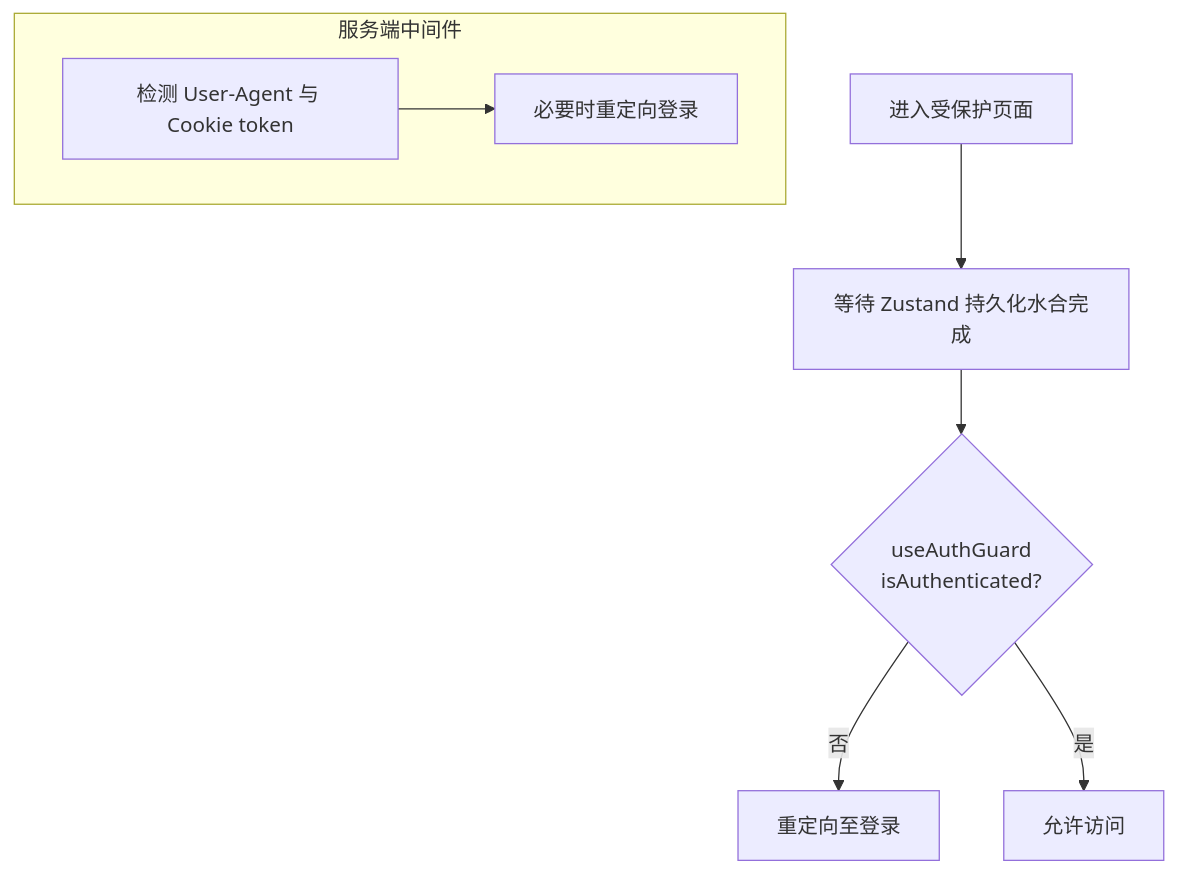
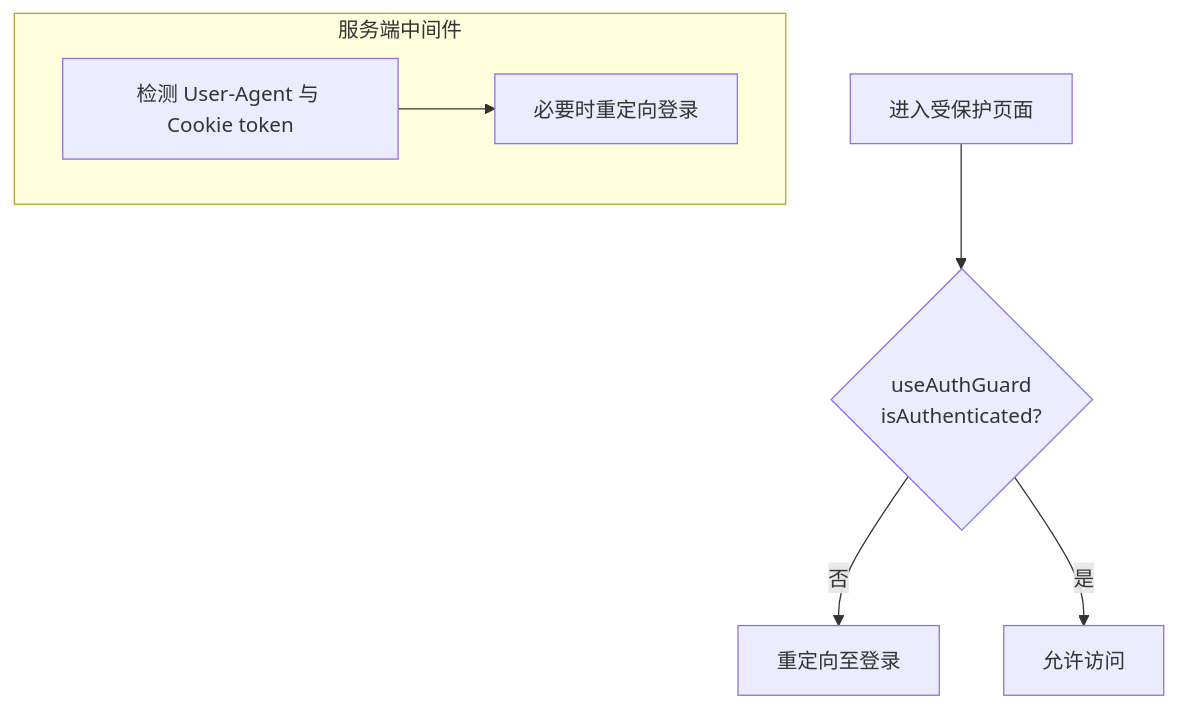
Before and after one commit to gujialind/InvestRing: the sixth of 7 diagrams in .qoder/repowiki/zh/content/认证与安全/前端认证状态管理.md, drawn with Mermaid. The commit also changed other lines of this file and 65 other files, not shown here.

````diff
--- a/.qoder/repowiki/zh/content/认证与安全/前端认证状态管理.md
+++ b/.qoder/repowiki/zh/content/认证与安全/前端认证状态管理.md
@@ -326,11 +315,10 @@
 ```mermaid
 flowchart TD
-Enter["进入受保护页面"] --> Hydration["等待 Zustand 持久化水合完成"]
-Hydration --> UA{"useAuthGuard<br/>isAuthenticated?"}
+Enter["进入受保护页面"] --> UA{"useAuthGuard<br/>isAuthenticated?"}
 UA -- 否 --> GoLogin["重定向至登录"]
 UA -- 是 --> Proceed["允许访问"]
 subgraph "服务端中间件"
 Detect["检测 User-Agent 与 Cookie token"]
 Detect --> RedirectMW["必要时重定向登录"]
 end
 ```
````
